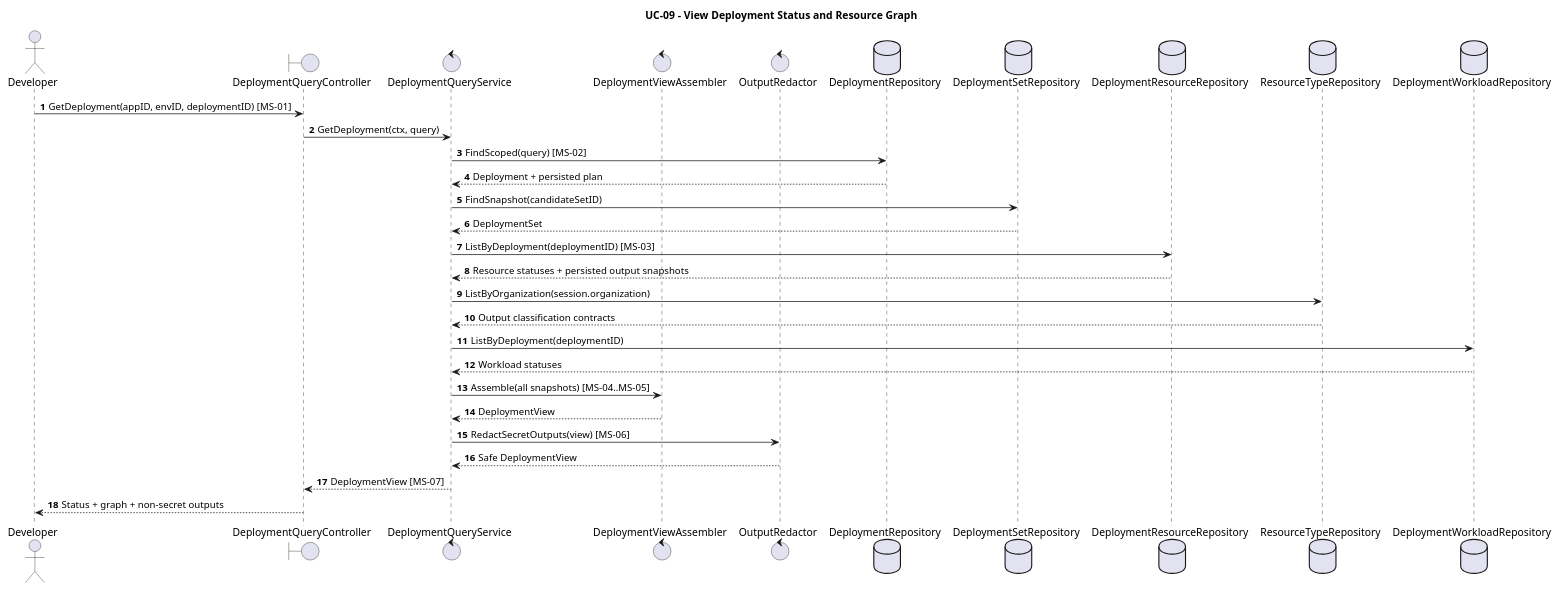
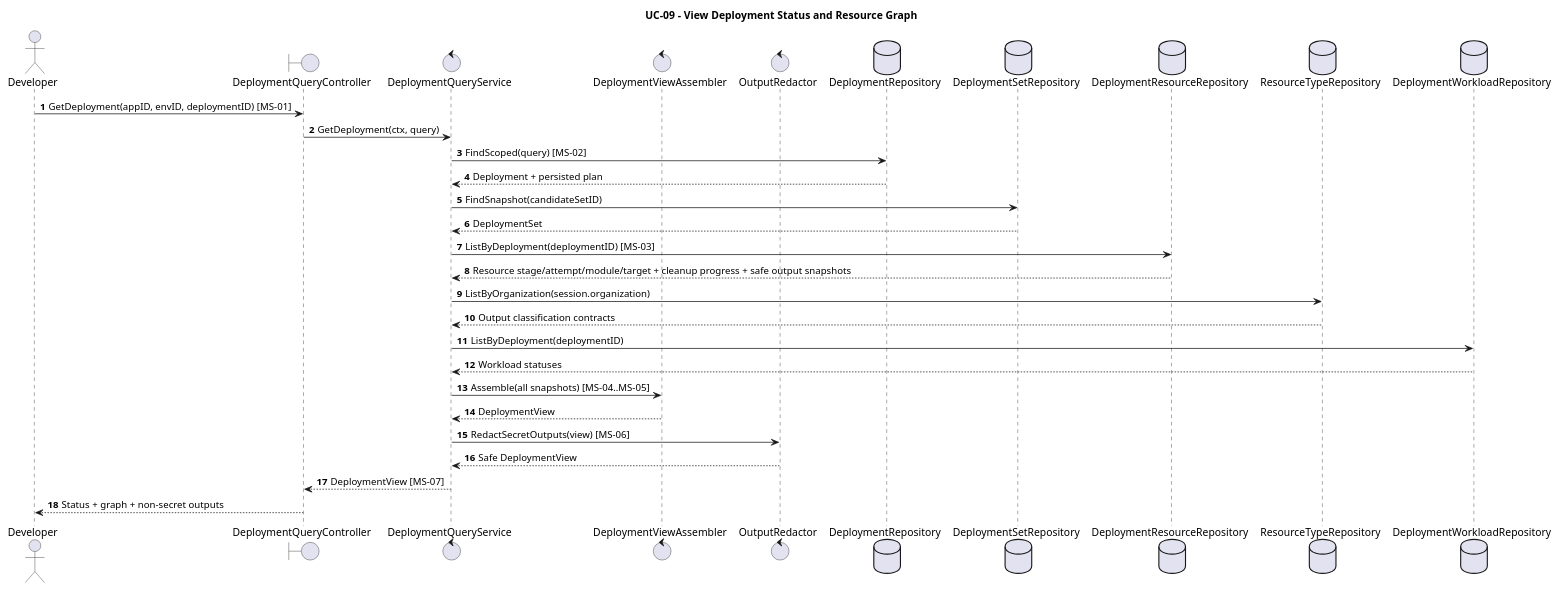
The diagram in orchestrator_docs/usecase/UC-09/sequence.puml (pr3s3nt/poc), drawn with PlantUML before and after one commit. The commit also changed 115 other files, not shown here.

```diff
--- a/orchestrator_docs/usecase/UC-09/sequence.puml
+++ b/orchestrator_docs/usecase/UC-09/sequence.puml
@@ -1,33 +1,33 @@
 @startuml
 title UC-09 - View Deployment Status and Resource Graph
 autonumber
 actor Developer
 boundary DeploymentQueryController as API
 control DeploymentQueryService as Service
 control DeploymentViewAssembler as Assembler
 control OutputRedactor as Redactor
 database DeploymentRepository as DeploymentRepo
 database DeploymentSetRepository as SetRepo
 database DeploymentResourceRepository as DeploymentResourceRepo
 database ResourceTypeRepository as TypeRepo
 database DeploymentWorkloadRepository as WorkloadRepo
 
 Developer -> API: GetDeployment(appID, envID, deploymentID) [MS-01]
 API -> Service: GetDeployment(ctx, query)
 Service -> DeploymentRepo: FindScoped(query) [MS-02]
 DeploymentRepo --> Service: Deployment + persisted plan
 Service -> SetRepo: FindSnapshot(candidateSetID)
 SetRepo --> Service: DeploymentSet
 Service -> DeploymentResourceRepo: ListByDeployment(deploymentID) [MS-03]
-DeploymentResourceRepo --> Service: Resource statuses + persisted output snapshots
+DeploymentResourceRepo --> Service: Resource stage/attempt/module/target + cleanup progress + safe output snapshots
 Service -> TypeRepo: ListByOrganization(session.organization)
 TypeRepo --> Service: Output classification contracts
 Service -> WorkloadRepo: ListByDeployment(deploymentID)
 WorkloadRepo --> Service: Workload statuses
 Service -> Assembler: Assemble(all snapshots) [MS-04..MS-05]
 Assembler --> Service: DeploymentView
 Service -> Redactor: RedactSecretOutputs(view) [MS-06]
 Redactor --> Service: Safe DeploymentView
 Service --> API: DeploymentView [MS-07]
 API --> Developer: Status + graph + non-secret outputs
 @enduml
```
